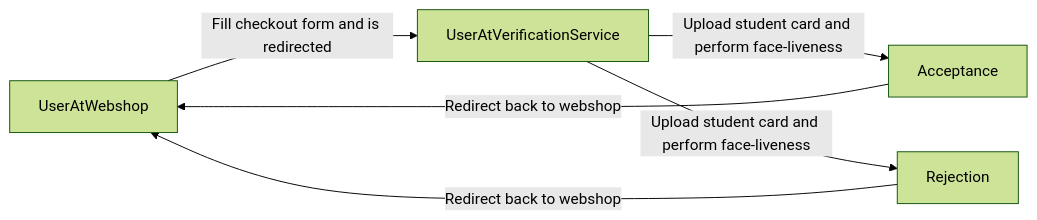
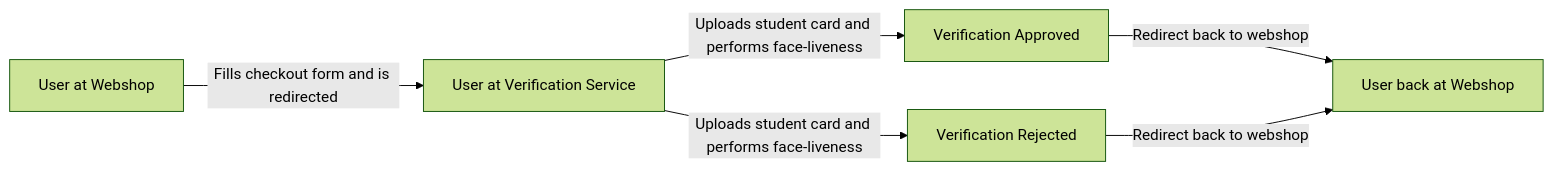
Before and after one commit to pierre-jezegou/kys: the diagram in docs/DESIGN.md, drawn with Mermaid (forest theme).

Commit message:
Seperate id from flowchart state text

````diff
--- a/docs/DESIGN.md
+++ b/docs/DESIGN.md
@@ -18,4 +18,14 @@
 ```mermaid
 flowchart LR
-    UserAtWebshop -->|Fill checkout form and is redirected| UserAtVerificationService -->|Upload student card and perform face-liveness| Acceptance & Rejection -->|Redirect back to webshop| UserAtWebshop
+    userAtWebshop[User at Webshop]
+    userAtVerificationService[User at Verification Service]
+    approved[Verification Approved]
+    rejected[Verification Rejected]
+    userBackAtWebshop[User back at Webshop]
+
+    userAtWebshop -->|Fills checkout form and is redirected| userAtVerificationService
+    userAtVerificationService -->|Uploads student card and performs face-liveness| approved
+    userAtVerificationService -->|Uploads student card and performs face-liveness| rejected
+    approved -->|Redirect back to webshop| userBackAtWebshop
+    rejected -->|Redirect back to webshop| userBackAtWebshop
 ```
````
